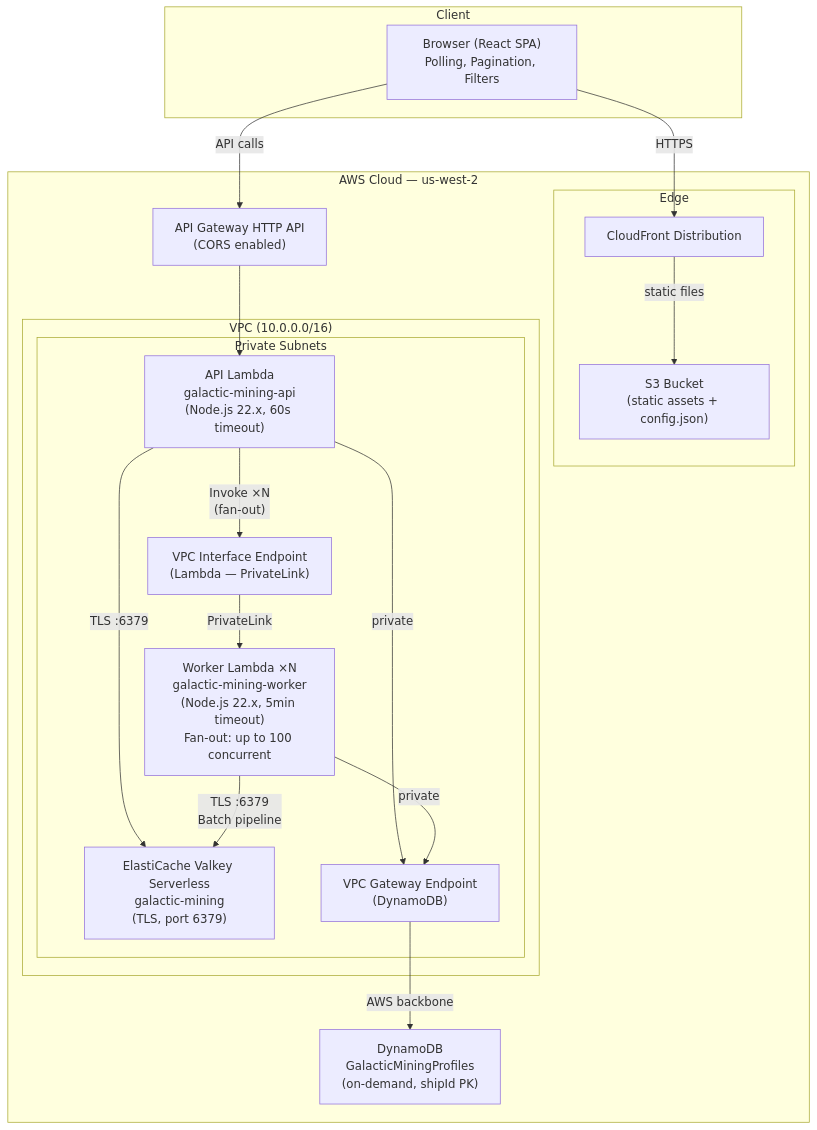
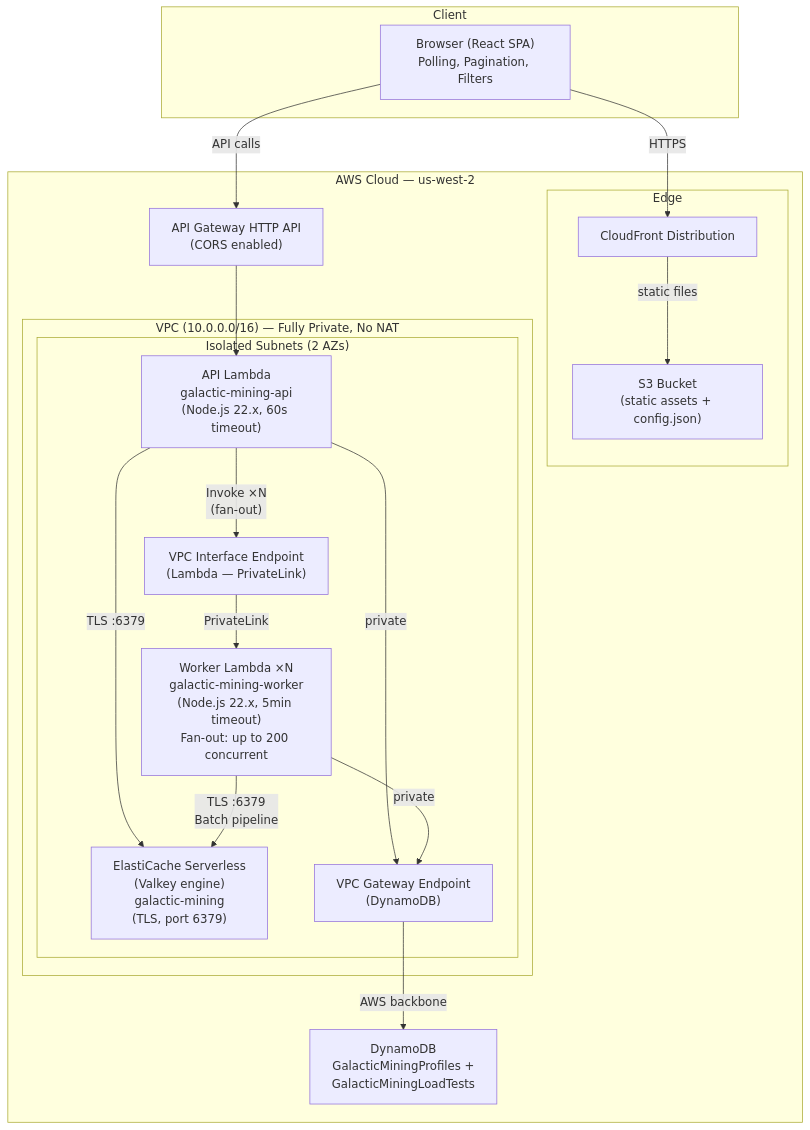
The first of 5 diagrams in ARCHITECTURE.md (rickrams/galactic-mining-league), drawn with Mermaid before and after one commit. The commit also changed other lines of this file, not shown here.

Commit message:
Update ARCHITECTURE.md: fix ElastiCache Serverless naming, add load test flow, write-through detail, remove stale NAT references

````diff
--- a/ARCHITECTURE.md
+++ b/ARCHITECTURE.md
@@ -5,38 +5,38 @@
 ```mermaid
 graph TB
     subgraph "Client"
         Browser["Browser (React SPA)<br/>Polling, Pagination, Filters"]
     end
 
     subgraph "AWS Cloud — us-west-2"
         subgraph "Edge"
             CF["CloudFront Distribution"]
             S3["S3 Bucket<br/>(static assets + config.json)"]
         end
 
         APIGW["API Gateway HTTP API<br/>(CORS enabled)"]
-        DDB["DynamoDB<br/>GalacticMiningProfiles<br/>(on-demand, shipId PK)"]
+        DDB["DynamoDB<br/>GalacticMiningProfiles +<br/>GalacticMiningLoadTests"]
 
-        subgraph "VPC (10.0.0.0/16)"
-            subgraph "Private Subnets"
+        subgraph "VPC (10.0.0.0/16) — Fully Private, No NAT"
+            subgraph "Isolated Subnets (2 AZs)"
                 API_LAMBDA["API Lambda<br/>galactic-mining-api<br/>(Node.js 22.x, 60s timeout)"]
-                WORKER_LAMBDA["Worker Lambda ×N<br/>galactic-mining-worker<br/>(Node.js 22.x, 5min timeout)<br/>Fan-out: up to 100 concurrent"]
-                VALKEY["ElastiCache Valkey Serverless<br/>galactic-mining<br/>(TLS, port 6379)"]
+                WORKER_LAMBDA["Worker Lambda ×N<br/>galactic-mining-worker<br/>(Node.js 22.x, 5min timeout)<br/>Fan-out: up to 200 concurrent"]
+                VALKEY["ElastiCache Serverless<br/>(Valkey engine)<br/>galactic-mining<br/>(TLS, port 6379)"]
                 VPCE_DDB["VPC Gateway Endpoint<br/>(DynamoDB)"]
                 VPCE_LAMBDA["VPC Interface Endpoint<br/>(Lambda — PrivateLink)"]
             end
         end
     end
 
     Browser -->|"HTTPS"| CF
     CF -->|"static files"| S3
     Browser -->|"API calls"| APIGW
     APIGW --> API_LAMBDA
     API_LAMBDA -->|"TLS :6379"| VALKEY
     WORKER_LAMBDA -->|"TLS :6379<br/>Batch pipeline"| VALKEY
     API_LAMBDA -->|"private"| VPCE_DDB
     WORKER_LAMBDA -->|"private"| VPCE_DDB
     VPCE_DDB -->|"AWS backbone"| DDB
     API_LAMBDA -->|"Invoke ×N<br/>(fan-out)"| VPCE_LAMBDA
     VPCE_LAMBDA -->|"PrivateLink"| WORKER_LAMBDA
 ```
````
